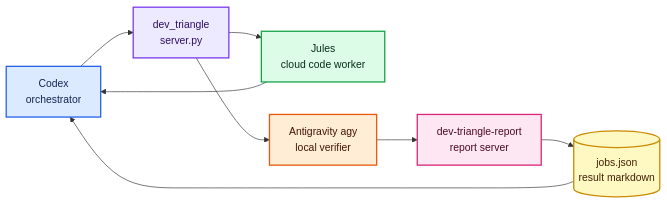
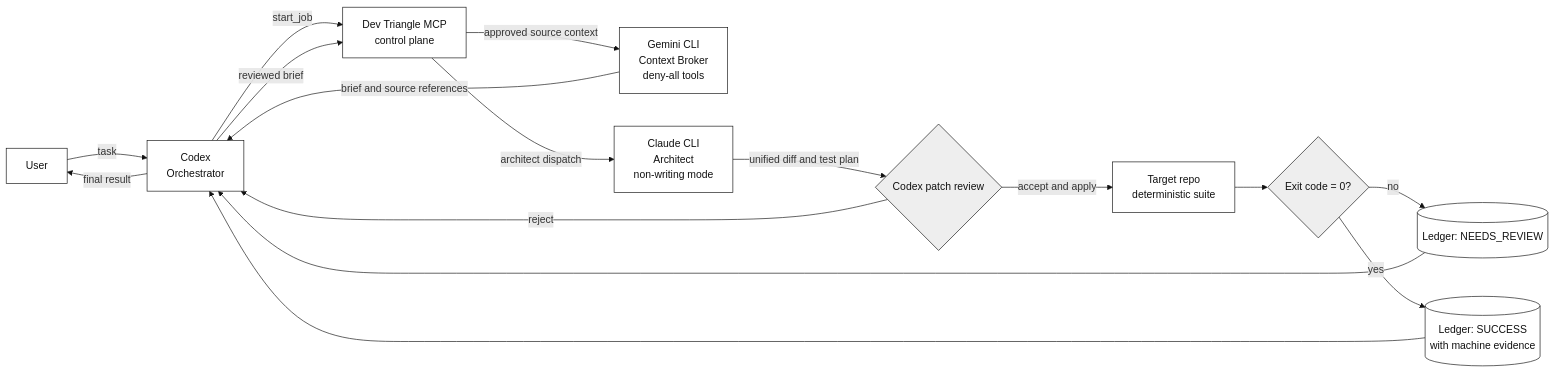
One commit to SpadesZ/dev-triangle-mcp changed the second of 3 diagrams in docs/ARCHITECTURE.md. Above: the diagram before and after it, drawn with Mermaid. The commit also changed other lines of this file and 11 other files, not shown here.

````diff
--- a/docs/ARCHITECTURE.md
+++ b/docs/ARCHITECTURE.md
@@ -43,17 +78,26 @@
 ```mermaid
 flowchart LR
-  C["Codex<br/>orchestrator"]:::orchestrator --> M["dev_triangle<br/>server.py"]:::mcp
-  M --> J["Jules<br/>cloud code worker"]:::worker
-  M --> A["Antigravity agy<br/>local verifier"]:::verifier
-  J --> C
-  A --> R["dev-triangle-report<br/>report server"]:::report
-  R --> S[("jobs.json<br/>result markdown")]:::state
+  U["User"] -->|task| C["Codex<br/>Orchestrator"]
+  C -->|start_job| M["Dev Triangle MCP<br/>control plane"]
+  M -->|approved source context| G["Gemini CLI<br/>Context Broker<br/>deny-all tools"]
+  G -->|brief and source references| C
+  C -->|reviewed brief| M
+  M -->|architect dispatch| A["Claude CLI<br/>Architect<br/>non-writing mode"]
+  A -->|unified diff and test plan| P{"Codex patch review"}
+  P -->|reject| C
+  P -->|accept and apply| V["Target repo<br/>deterministic suite"]
+  V --> E{"Exit code = 0?"}
+  E -->|no| N[("Ledger: NEEDS_REVIEW")]
+  E -->|yes| S[("Ledger: SUCCESS<br/>with machine evidence")]
+  N --> C
   S --> C
+  C -->|final result| U
 
-  classDef orchestrator fill:#dbeafe,stroke:#2563eb,color:#172554,stroke-width:2px;
-  classDef mcp fill:#ede9fe,stroke:#7c3aed,color:#2e1065,stroke-width:2px;
-  classDef worker fill:#dcfce7,stroke:#16a34a,color:#052e16,stroke-width:2px;
-  classDef verifier fill:#ffedd5,stroke:#ea580c,color:#431407,stroke-width:2px;
-  classDef report fill:#fce7f3,stroke:#db2777,color:#500724,stroke-width:2px;
-  classDef state fill:#fef9c3,stroke:#ca8a04,color:#422006,stroke-width:2px;
+  classDef process fill:#ffffff,stroke:#111111,color:#111111,stroke-width:1px;
+  classDef decision fill:#eeeeee,stroke:#111111,color:#111111,stroke-width:1px;
+  classDef store fill:#ffffff,stroke:#111111,color:#111111,stroke-width:1px;
+  class U,C,M,G,A,V process;
+  class P,E decision;
+  class N,S store;
+  linkStyle default stroke:#111111,stroke-width:1px;
 ```
````
